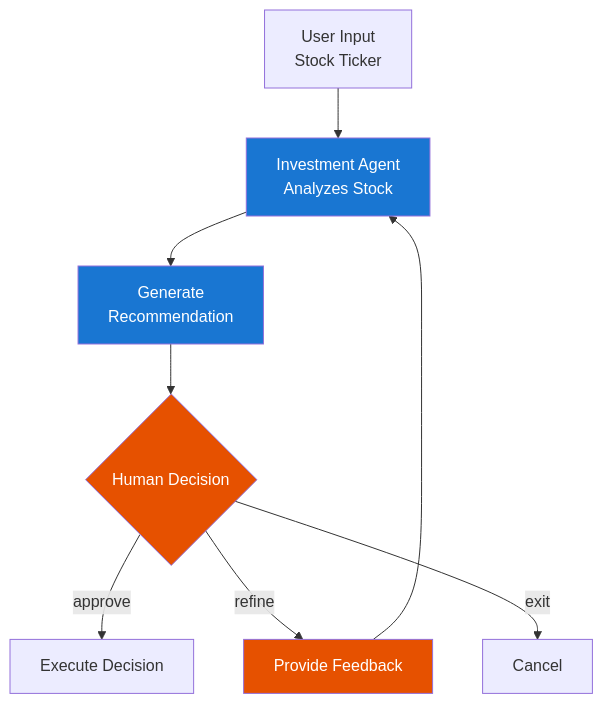
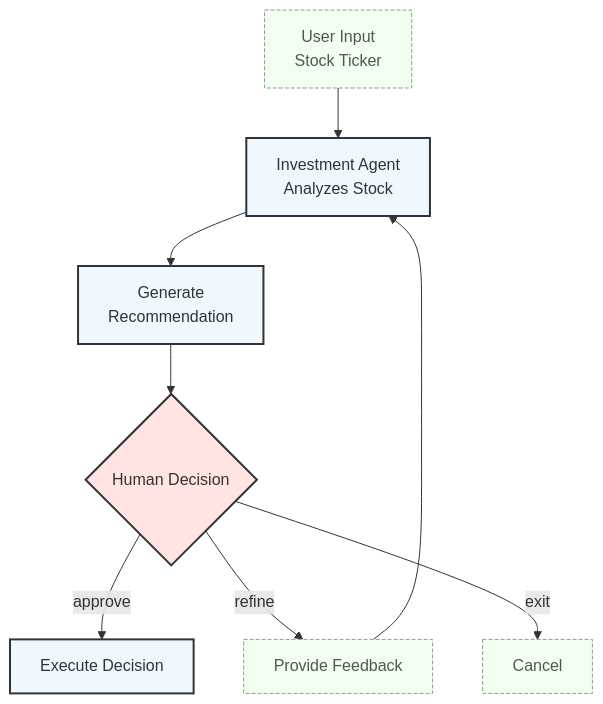
The fourth of 4 diagrams in README.md (kimtth/agent-quant-stock-invest), drawn with Mermaid before and after one commit. The commit also changed other lines of this file and 18 other files, not shown here.

````diff
--- a/README.md
+++ b/README.md
@@ -186,14 +186,14 @@
 ```mermaid
 flowchart TD
-    classDef human fill:#e65100,color:#fff;
-    classDef agent fill:#1976d2,color:#fff;
-    classDef decision fill:#f9a825,color:#000;
-    
-    A[User Input<br/>Stock Ticker] --> B[Investment Agent<br/>Analyzes Stock]:::agent
-    B --> C[Generate<br/>Recommendation]:::agent
-    C --> D{Human Decision}:::human
-    D -->|approve| E[Execute Decision]
-    D -->|refine| F[Provide Feedback]:::human
-    D -->|exit| G[Cancel]
+    classDef note fill:#f0fff0,stroke:#999,stroke-width:1px,stroke-dasharray:4 2,color:#555
+    classDef cpu  fill:#f0f8ff,stroke:#333,stroke-width:2px
+    classDef proc fill:#ffe4e1,stroke:#333,stroke-width:2px
+
+    A[User Input<br/>Stock Ticker]:::note --> B[Investment Agent<br/>Analyzes Stock]:::cpu
+    B --> C[Generate<br/>Recommendation]:::cpu
+    C --> D{Human Decision}:::proc
+    D -->|approve| E[Execute Decision]:::cpu
+    D -->|refine| F[Provide Feedback]:::note
+    D -->|exit| G[Cancel]:::note
     F --> B
 ```
````
